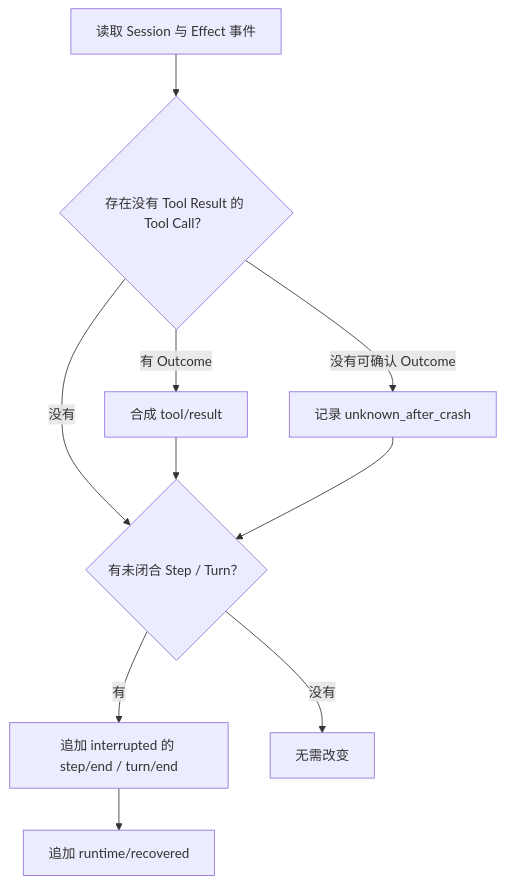
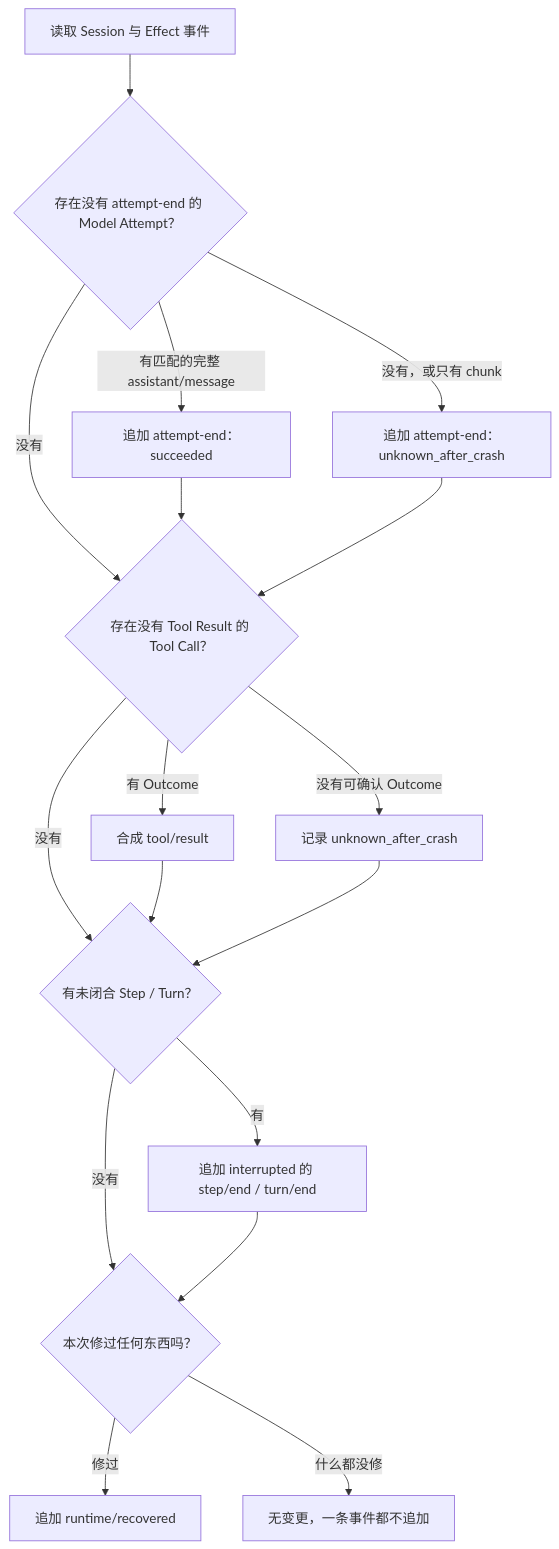
Diagram 11 of 11 in docs/code-walkthrough-zh.md (uboyme/traceHarness), drawn with Mermaid before and after one commit. The commit also changed other lines of this file and 10 other files, not shown here.

````diff
--- a/docs/code-walkthrough-zh.md
+++ b/docs/code-walkthrough-zh.md
@@ -360,12 +360,19 @@
 ```mermaid
 flowchart TD
-    C["读取 Session 与 Effect 事件"] --> U{"存在没有 Tool Result 的 Tool Call？"}
+    C["读取 Session 与 Effect 事件"] --> MA{"存在没有 attempt-end 的 Model Attempt？"}
+    MA -- "有匹配的完整 assistant/message" --> OK["追加 attempt-end：succeeded"]
+    MA -- "没有，或只有 chunk" --> UK["追加 attempt-end：unknown_after_crash"]
+    MA -- "没有" --> U{"存在没有 Tool Result 的 Tool Call？"}
+    OK --> U
+    UK --> U
     U -- "有 Outcome" --> SR["合成 tool/result"]
     U -- "没有可确认 Outcome" --> UN["记录 unknown_after_crash"]
     U -- "没有" --> OS{"有未闭合 Step / Turn？"}
     SR --> OS
     UN --> OS
     OS -- "有" --> CL["追加 interrupted 的 step/end / turn/end"]
-    OS -- "没有" --> DN["无需改变"]
-    CL --> RP["追加 runtime/recovered"]
+    OS -- "没有" --> ANY{"本次修过任何东西吗？"}
+    CL --> ANY
+    ANY -- "修过" --> RP["追加 runtime/recovered"]
+    ANY -- "什么都没修" --> DN["无变更，一条事件都不追加"]
 ```
````
